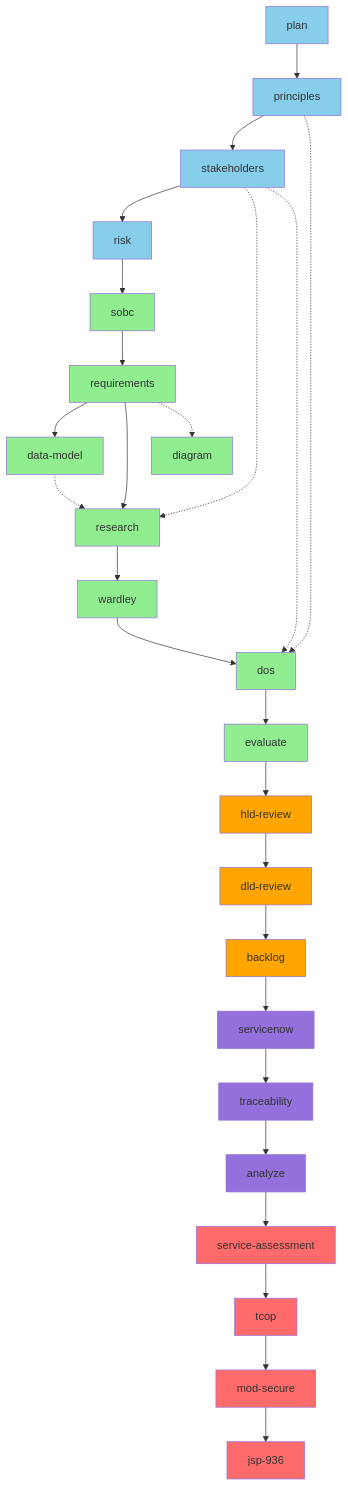
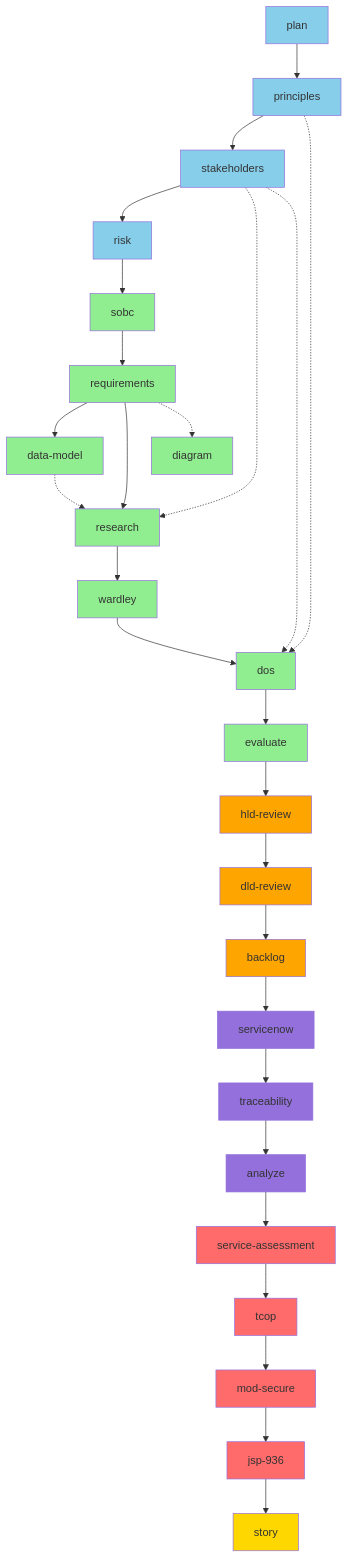
Before and after one commit to tractorjuice/arckit-test-project-v8-ons-data-platform: the fifth of 9 diagrams in WORKFLOW-DIAGRAMS.md, drawn with Mermaid. The commit also changed other lines of this file and 6 other files, not shown here.

First line of the commit message:
feat: add /arckit.story command (29th command) - comprehensive project story generation with timeline analysis

````diff
--- a/WORKFLOW-DIAGRAMS.md
+++ b/WORKFLOW-DIAGRAMS.md
@@ -326,68 +343,72 @@
 ```mermaid
 graph TD
     %% Tier 0-1: Foundation
     A[plan] --> B[principles]
     B --> C[stakeholders]
     C --> D[risk]
 
     %% Tier 2-3: Business Case & Requirements
     D --> E[sobc]
     E --> F[requirements]
 
     %% Tier 4: Detailed Design
     F --> G[data-model]
     F --> H[research]
     G -.-> H
     C -.-> H
     H --> I[wardley]
 
     %% Tier 5: MOD Procurement
     B -.-> J[dos]
     C -.-> J
     I --> J
     J --> K[evaluate]
 
     %% Tier 6: Design Reviews
     K --> L[hld-review]
     L --> M[dld-review]
 
     %% Tier 7: Implementation
     M --> N[backlog]
 
     %% Tier 8-9: Operations & Quality
     N --> O[servicenow]
     O --> P[traceability]
     P --> Q[analyze]
 
     %% Tier 10: MOD + AI Compliance
     Q --> R[service-assessment]
     R --> S[tcop]
     S --> T[mod-secure]
     T --> U[jsp-936]
 
+    %% Tier 11: Reporting
+    U --> W[story]
+
     %% Optional parallel paths
     F -.-> V[diagram]
 
     style A fill:#87CEEB
     style B fill:#87CEEB
     style C fill:#87CEEB
     style D fill:#87CEEB
     style E fill:#90EE90
     style F fill:#90EE90
     style G fill:#90EE90
     style H fill:#90EE90
     style I fill:#90EE90
     style J fill:#90EE90
     style K fill:#90EE90
     style L fill:#FFA500
     style M fill:#FFA500
     style N fill:#FFA500
     style O fill:#9370DB
     style P fill:#9370DB
     style Q fill:#9370DB
     style R fill:#FF6B6B
     style S fill:#FF6B6B
     style T fill:#FF6B6B
     style U fill:#FF6B6B
     style V fill:#90EE90
+    style W fill:#FFD700
 ```
````
